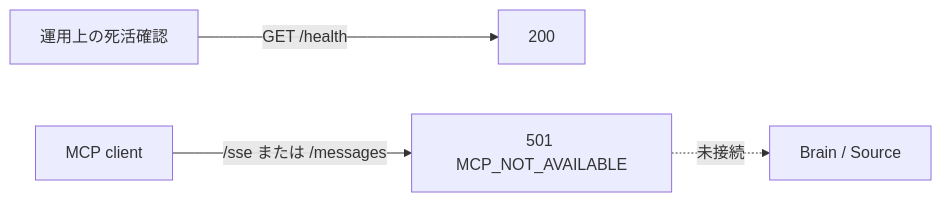
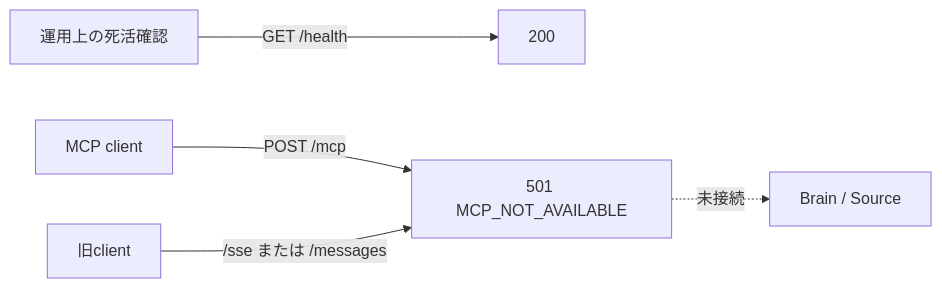
One commit to kkyosuke/me-builder changed the diagram in docs/development/mcp-remaining-tasks.md. Above: the diagram before and after it, drawn with Mermaid. The commit also changed other lines of this file and 5 other files, not shown here.

````diff
--- a/docs/development/mcp-remaining-tasks.md
+++ b/docs/development/mcp-remaining-tasks.md
@@ -25,6 +24,7 @@
 ```mermaid
 flowchart LR
     Probe[運用上の死活確認] -->|GET /health| Health[200]
-    Client[MCP client] -->|/sse または /messages| Closed[501 MCP_NOT_AVAILABLE]
+    Client[MCP client] -->|POST /mcp| Closed[501 MCP_NOT_AVAILABLE]
+    Legacy[旧client] -->|/sse または /messages| Closed
     Closed -.->|未接続| Brain[Brain / Source]
 ```
````
